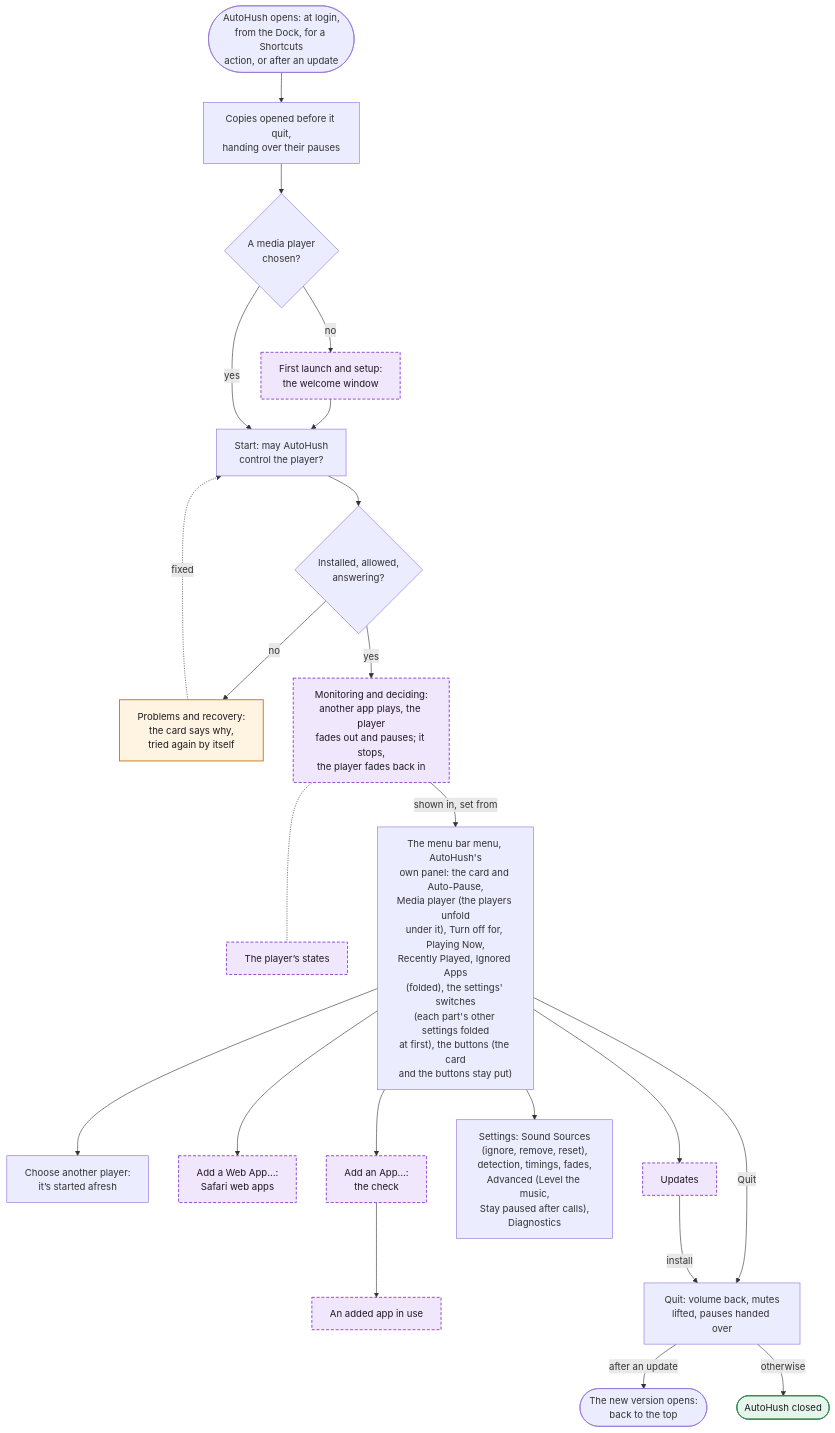
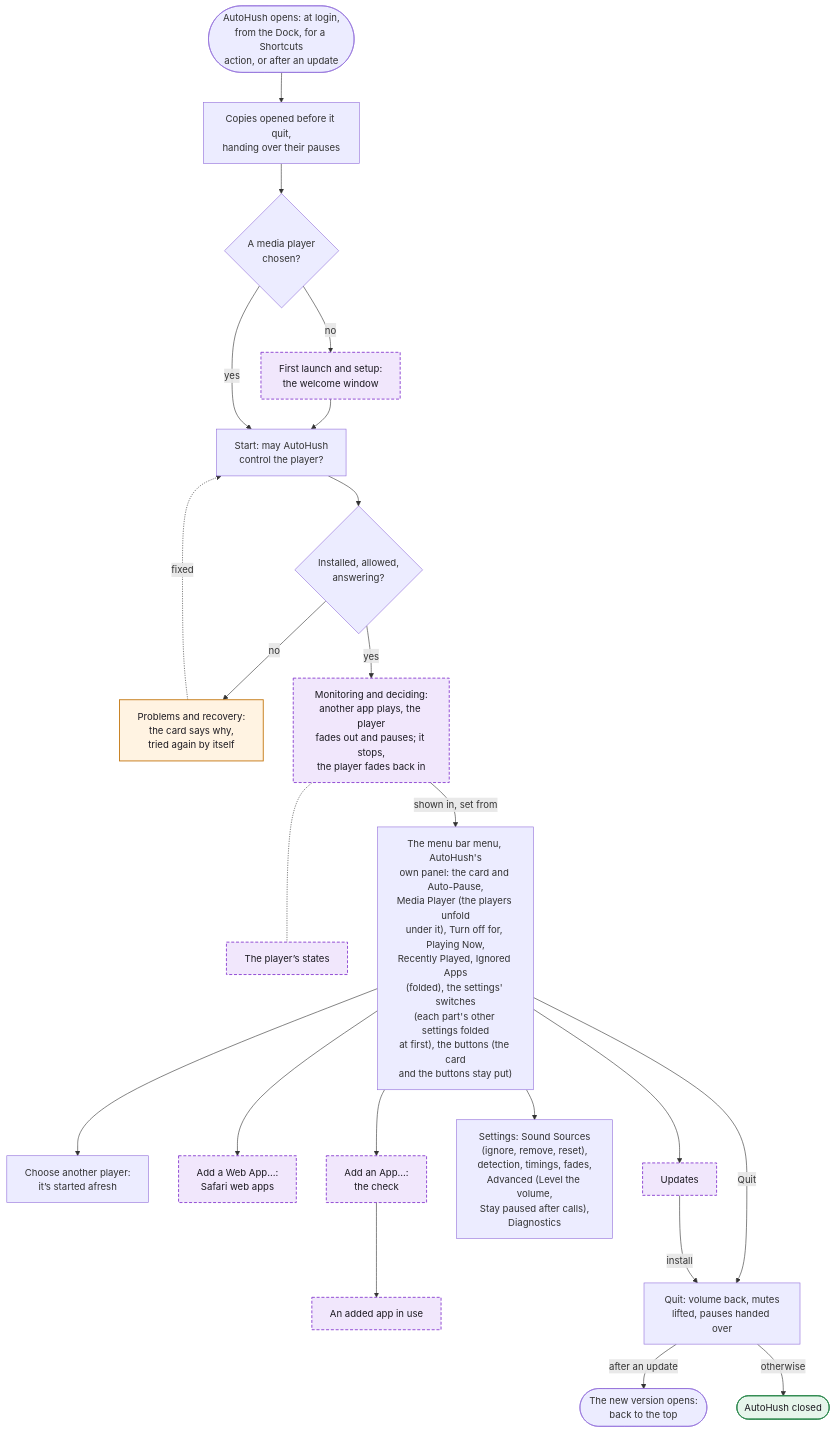
The first of 14 diagrams in WORKFLOWS.md (hfustercabre/AutoHush), drawn with Mermaid before and after one commit. The commit also changed other lines of this file and 27 other files, not shown here.

First line of the commit message:
feat: Media Player and Ignored Apps as parts of the menu, and fixes for macOS 14 and 15

````diff
--- a/WORKFLOWS.md
+++ b/WORKFLOWS.md
@@ -24,48 +24,48 @@
 ```mermaid
 flowchart TD
   L(["AutoHush opens: at login,<br/>from the Dock, for a Shortcuts<br/>action, or after an update"])
   O["Copies opened before it quit,<br/>handing over their pauses"]
   C{"A media player<br/>chosen?"}
   W["First launch and setup:<br/>the welcome window"]
   S["Start: may AutoHush<br/>control the player?"]
   P{"Installed, allowed,<br/>answering?"}
   R["Problems and recovery:<br/>the card says why,<br/>tried again by itself"]
   M["Monitoring and deciding:<br/>another app plays, the player<br/>fades out and pauses; it stops,<br/>the player fades back in"]
   ST["The player’s states"]
-  MENU["The menu bar menu, AutoHush's<br/>own panel: the card and Auto-Pause,<br/>Media player (the players unfold<br/>under it), Turn off for, Playing Now,<br/>Recently Played, Ignored Apps<br/>(folded), the settings' switches<br/>(each part's other settings folded<br/>at first), the buttons (the card<br/>and the buttons stay put)"]
+  MENU["The menu bar menu, AutoHush's<br/>own panel: the card and Auto-Pause,<br/>Media Player (the players unfold<br/>under it), Turn off for, Playing Now,<br/>Recently Played, Ignored Apps<br/>(folded), the settings' switches<br/>(each part's other settings folded<br/>at first), the buttons (the card<br/>and the buttons stay put)"]
   CH["Choose another player:<br/>it’s started afresh"]
   WA["Add a Web App…:<br/>Safari web apps"]
   AA["Add an App…:<br/>the check"]
   AU["An added app in use"]
-  SET["Settings: Sound Sources<br/>(ignore, remove, reset),<br/>detection, timings, fades,<br/>Advanced (Level the music,<br/>Stay paused after calls),<br/>Diagnostics"]
+  SET["Settings: Sound Sources<br/>(ignore, remove, reset),<br/>detection, timings, fades,<br/>Advanced (Level the volume,<br/>Stay paused after calls),<br/>Diagnostics"]
   UP["Updates"]
   Q["Quit: volume back, mutes<br/>lifted, pauses handed over"]
   RL(["The new version opens:<br/>back to the top"])
   QX(["AutoHush closed"])
 
   L --> O --> C
   C -->|"no"| W --> S
   C -->|"yes"| S
   S --> P
   P -->|"no"| R
   R -.->|"fixed"| S
   P -->|"yes"| M
   M -.- ST
   M -->|"shown in, set from"| MENU
   MENU --> CH
   MENU --> WA
   MENU --> AA --> AU
   MENU --> SET
   MENU --> UP
   MENU -->|"Quit"| Q
   UP -->|"install"| Q
   Q -->|"after an update"| RL
   Q -->|"otherwise"| QX
 
   class W,M,ST,WA,AA,AU,UP ref
   class R warn
   class QX done
   classDef ref fill:#f1e7fc,stroke:#8a3fd1,stroke-width:1.5px,stroke-dasharray: 5 3,color:#1d1b22
   classDef warn fill:#fff3e2,stroke:#c47812,stroke-width:1.5px,color:#1d1b22
   classDef done fill:#e6f5eb,stroke:#2f8a50,stroke-width:1.5px,color:#1d1b22
 ```
````
